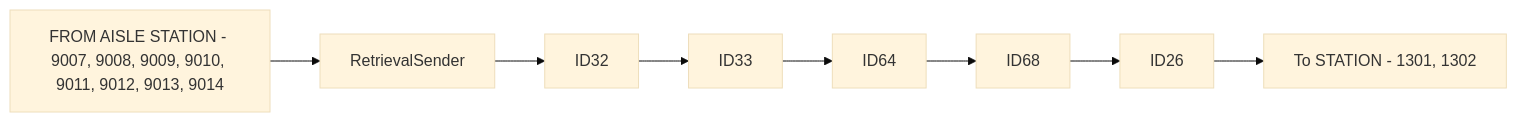
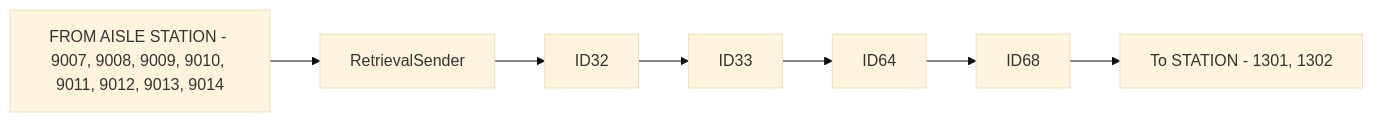
One commit to luthfiadityaa/SimeDarby-Wiki changed the first of 13 diagrams in Basic-Design/DFD-WMS/Inventory-Check/Inventory-Check-from-Ambient-Area.md. Above: the diagram before and after it, drawn with Mermaid (base theme). The commit also changed other lines of this file, not shown here.

```diff
--- a/Basic-Design/DFD-WMS/Inventory-Check/Inventory-Check-from-Ambient-Area.md
+++ b/Basic-Design/DFD-WMS/Inventory-Check/Inventory-Check-from-Ambient-Area.md
@@ -9,5 +9,5 @@
 ::: mermaid
 flowchart LR
   
-P1[FROM AISLE STATION - 9007, 9008, 9009, 9010, 9011, 9012, 9013, 9014]-->P2[RetrievalSender]-->P3[ID32]-->P4[ID33]-->P5[ID64]-->P6[ID68]-->P7[ID26]-->P8[To STATION - 1301, 1302]
+P1[FROM AISLE STATION - 9007, 9008, 9009, 9010, 9011, 9012, 9013, 9014]-->P2[RetrievalSender]-->P3[ID32]-->P4[ID33]-->P5[ID64]-->P6[ID68]-->P7[To STATION - 1301, 1302]
 :::
```
